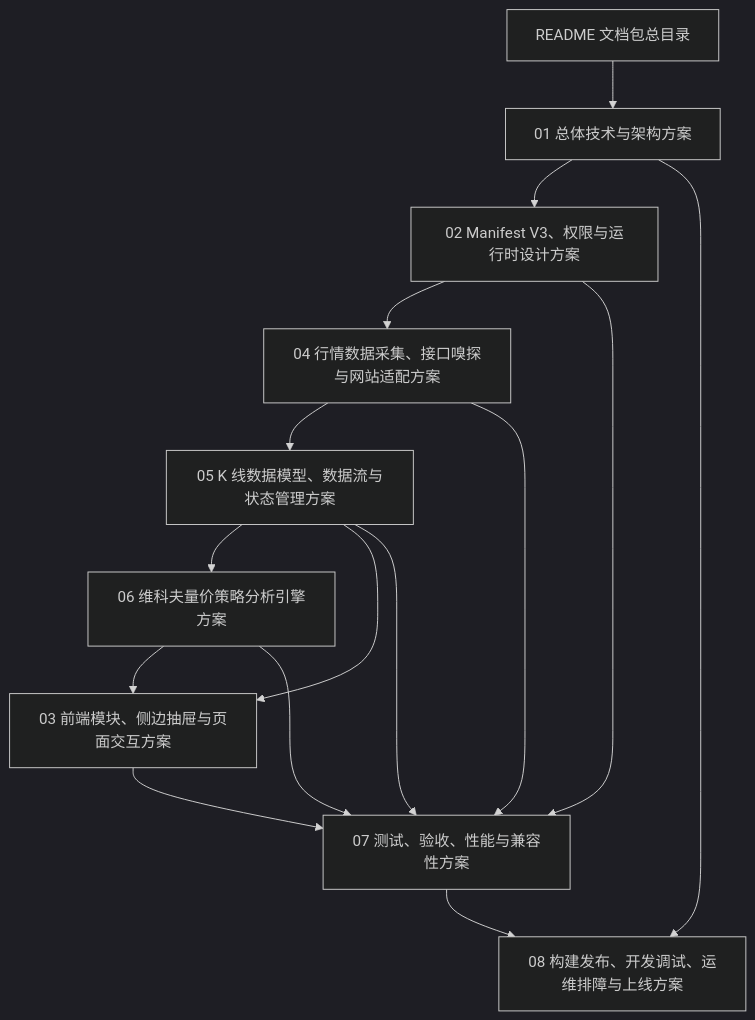
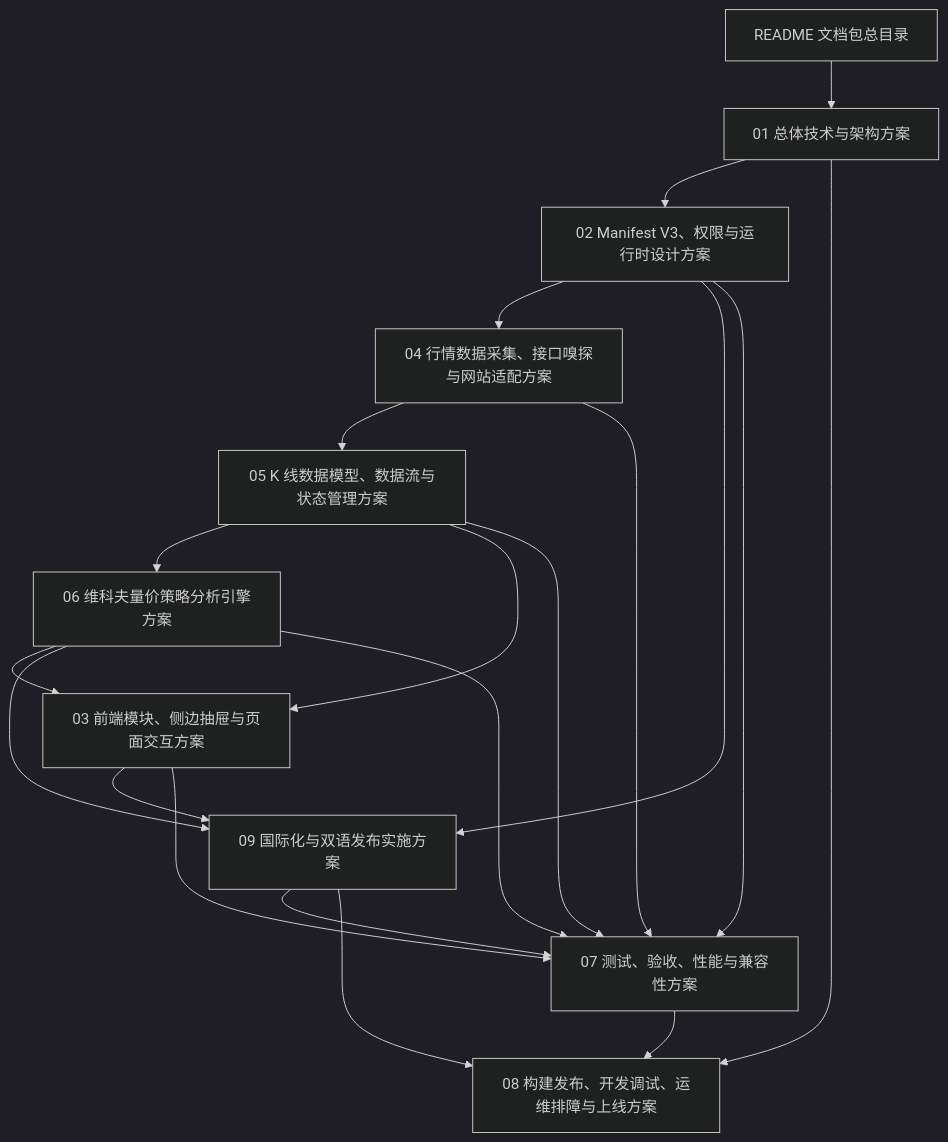
The diagram in docs/spec/README.md (LanShiLiang/Chrome_K_line_analyzer), drawn with Mermaid (dark theme) before and after one commit. The commit also changed other lines of this file and 49 other files, not shown here.

````diff
--- a/docs/spec/README.md
+++ b/docs/spec/README.md
@@ -24,27 +25,33 @@
 ```mermaid
 flowchart TD
     R["README 文档包总目录"]
     D1["01 总体技术与架构方案"]
     D2["02 Manifest V3、权限与运行时设计方案"]
     D4["04 行情数据采集、接口嗅探与网站适配方案"]
     D5["05 K 线数据模型、数据流与状态管理方案"]
     D6["06 维科夫量价策略分析引擎方案"]
     D3["03 前端模块、侧边抽屉与页面交互方案"]
     D7["07 测试、验收、性能与兼容性方案"]
     D8["08 构建发布、开发调试、运维排障与上线方案"]
+    D9["09 国际化与双语发布实施方案"]
 
     R --> D1
     D1 --> D2
     D2 --> D4
     D4 --> D5
     D5 --> D6
     D5 --> D3
     D6 --> D3
+    D2 --> D9
+    D3 --> D9
+    D6 --> D9
+    D9 --> D7
     D2 --> D7
     D3 --> D7
     D4 --> D7
     D5 --> D7
     D6 --> D7
     D1 --> D8
     D7 --> D8
+    D9 --> D8
 ```
````
